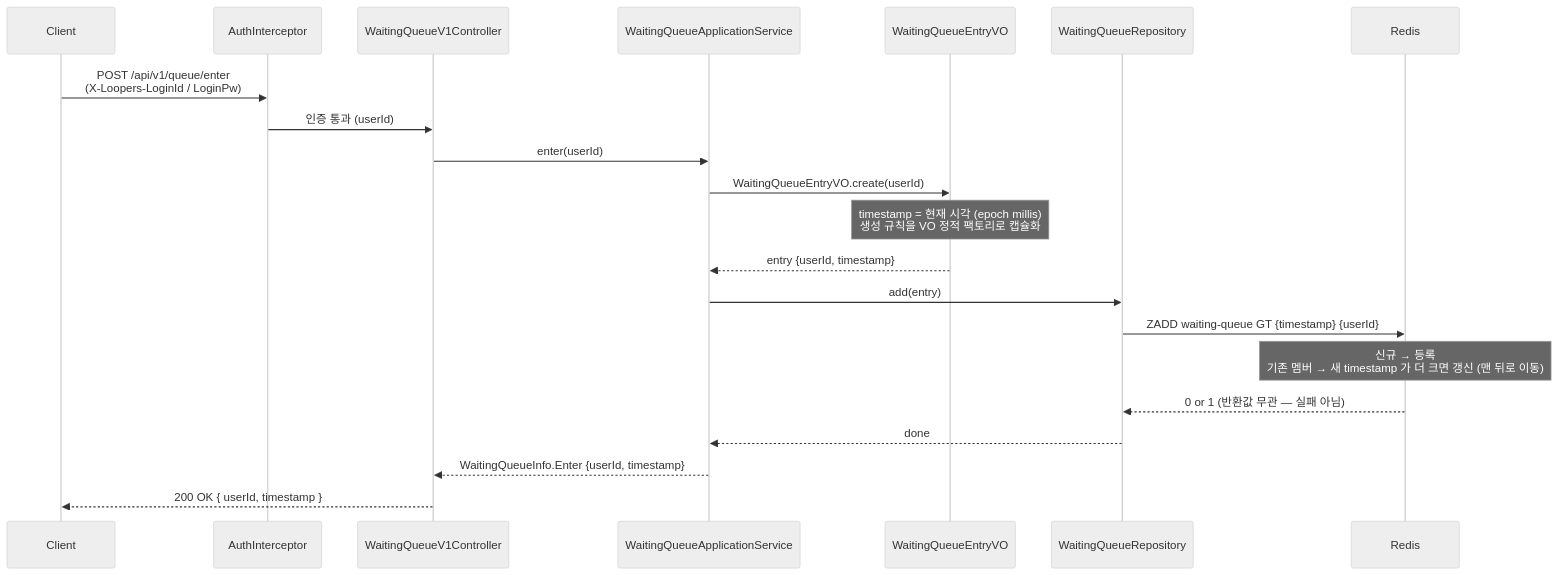
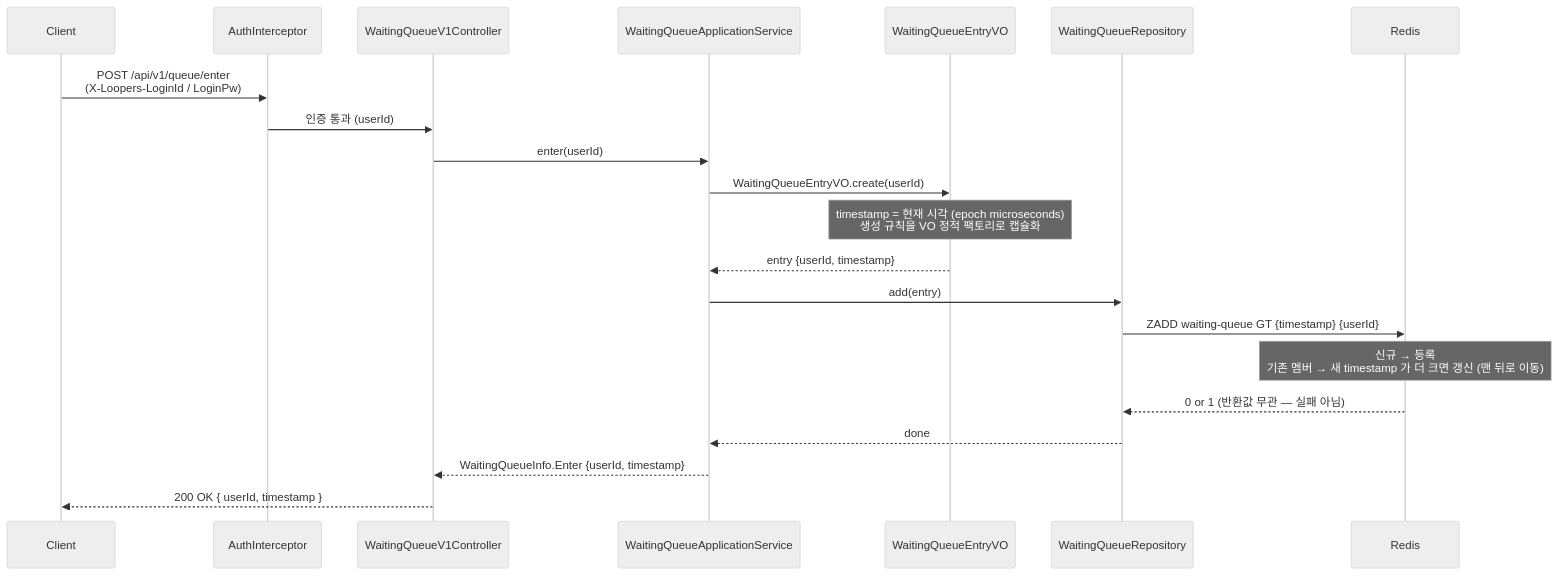
Before and after one commit to Hangju0610/loop-pack-be-l2-vol4-java: the first of 4 diagrams in docs/domain/waiting-queue/02-diagrams.md, drawn with Mermaid (neutral theme). The commit also changed 5 other files, not shown here.

````diff
--- a/docs/domain/waiting-queue/02-diagrams.md
+++ b/docs/domain/waiting-queue/02-diagrams.md
@@ -12,27 +12,27 @@
 ```mermaid
 sequenceDiagram
     participant C as Client
     participant AI as AuthInterceptor
     participant CTL as WaitingQueueV1Controller
     participant SVC as WaitingQueueApplicationService
     participant VO as WaitingQueueEntryVO
     participant WQR as WaitingQueueRepository
     participant R as Redis
 
     C->>AI: POST /api/v1/queue/enter<br/>(X-Loopers-LoginId / LoginPw)
     AI->>CTL: 인증 통과 (userId)
     CTL->>SVC: enter(userId)
 
     SVC->>VO: WaitingQueueEntryVO.create(userId)
-    Note over VO: timestamp = 현재 시각 (epoch millis)<br/>생성 규칙을 VO 정적 팩토리로 캡슐화
+    Note over VO: timestamp = 현재 시각 (epoch microseconds)<br/>생성 규칙을 VO 정적 팩토리로 캡슐화
     VO-->>SVC: entry {userId, timestamp}
 
     SVC->>WQR: add(entry)
     WQR->>R: ZADD waiting-queue GT {timestamp} {userId}
     Note over R: 신규 → 등록<br/>기존 멤버 → 새 timestamp 가 더 크면 갱신 (맨 뒤로 이동)
     R-->>WQR: 0 or 1 (반환값 무관 — 실패 아님)
     WQR-->>SVC: done
 
     SVC-->>CTL: WaitingQueueInfo.Enter {userId, timestamp}
     CTL-->>C: 200 OK { userId, timestamp }
 ```
````
